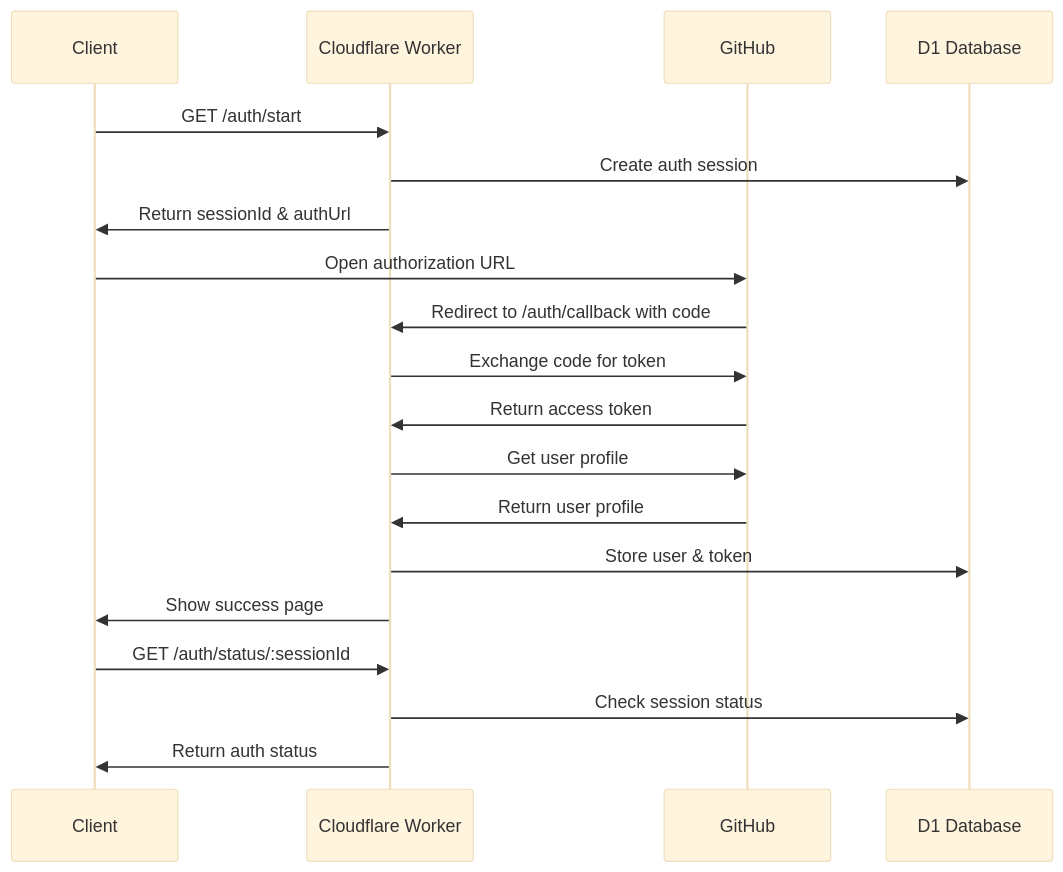
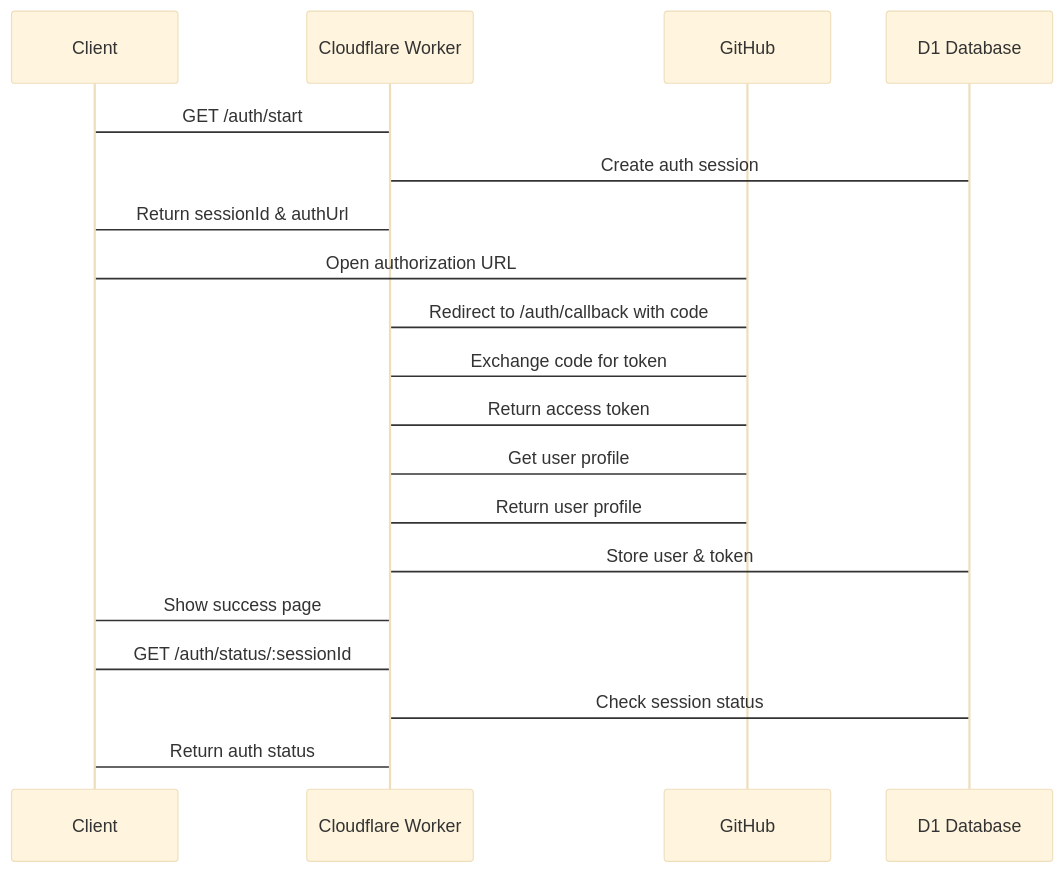
Before and after one commit to pollinations/pollinations: the second of 3 diagrams in model-context-protocol/github-app-auth/README.md, drawn with Mermaid (base theme). The commit also changed other lines of this file, not shown here.

Commit message:
Fix Mermaid diagram syntax for GitHub compatibility

````diff
--- a/model-context-protocol/github-app-auth/README.md
+++ b/model-context-protocol/github-app-auth/README.md
@@ -32,22 +32,22 @@
 ```mermaid
 sequenceDiagram
     participant Client
     participant Worker as Cloudflare Worker
     participant GitHub
     participant DB as D1 Database
     
-    Client->>Worker: GET /auth/start
-    Worker->>DB: Create auth session
-    Worker->>Client: Return sessionId & authUrl
-    Client->>GitHub: Open authorization URL
-    GitHub->>Worker: Redirect to /auth/callback with code
-    Worker->>GitHub: Exchange code for token
-    GitHub->>Worker: Return access token
-    Worker->>GitHub: Get user profile
-    GitHub->>Worker: Return user profile
-    Worker->>DB: Store user & token
-    Worker->>Client: Show success page
-    Client->>Worker: GET /auth/status/:sessionId
-    Worker->>DB: Check session status
-    Worker->>Client: Return auth status
+    Client->Worker: GET /auth/start
+    Worker->DB: Create auth session
+    Worker->Client: Return sessionId & authUrl
+    Client->GitHub: Open authorization URL
+    GitHub->Worker: Redirect to /auth/callback with code
+    Worker->GitHub: Exchange code for token
+    GitHub->Worker: Return access token
+    Worker->GitHub: Get user profile
+    GitHub->Worker: Return user profile
+    Worker->DB: Store user & token
+    Worker->Client: Show success page
+    Client->Worker: GET /auth/status/:sessionId
+    Worker->DB: Check session status
+    Worker->Client: Return auth status
 ```
````
